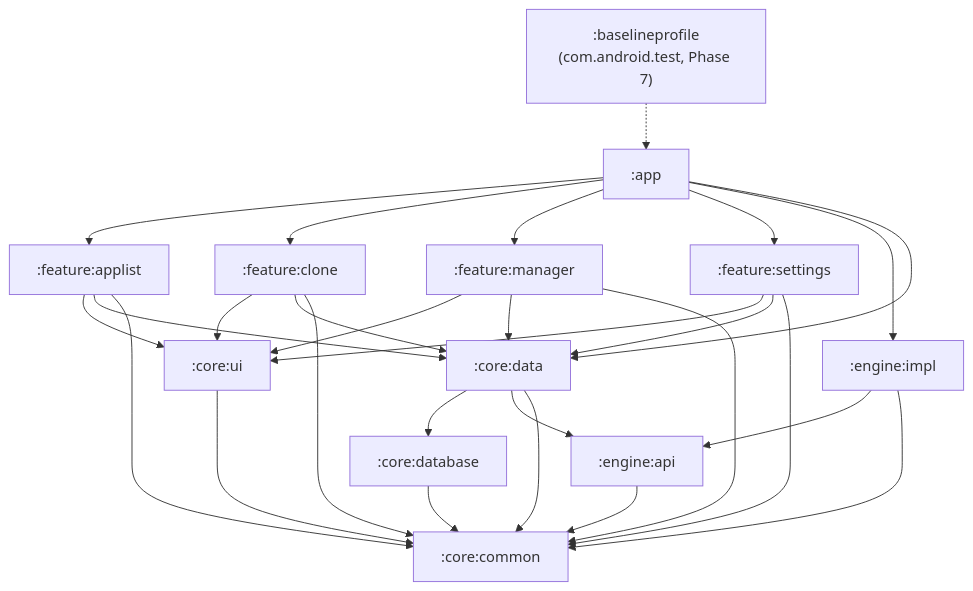
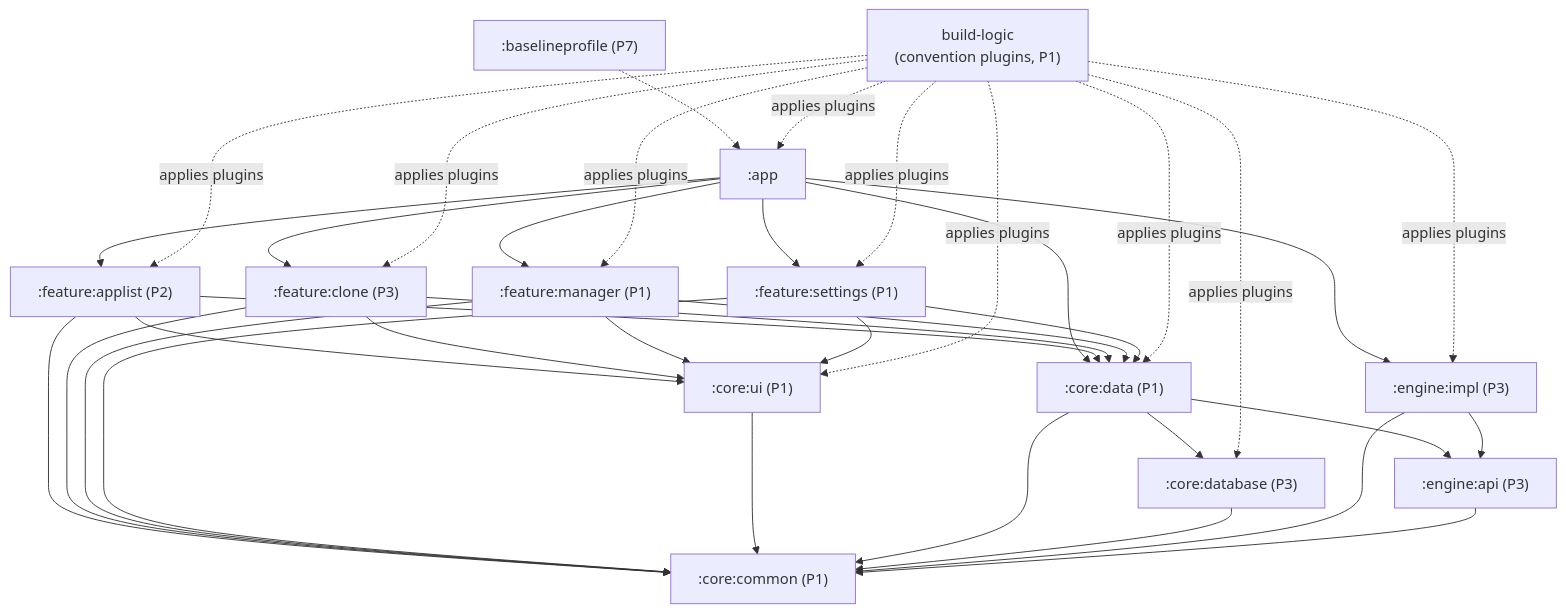
The second of 4 diagrams in docs/architecture.md (Rosyidputrar/cloner), drawn with Mermaid before and after one commit. The commit also changed other lines of this file and 5 other files, not shown here.

Commit message:
docs: switch clone engine to repackaging and pin toolchain

````diff
--- a/docs/architecture.md
+++ b/docs/architecture.md
@@ -47,31 +37,33 @@
 ```mermaid
 flowchart TD
   app[":app"]
-  fa[":feature:applist"]
-  fc[":feature:clone"]
-  fm[":feature:manager"]
-  fs[":feature:settings"]
-  cui[":core:ui"]
-  cc[":core:common"]
-  cd[":core:data"]
-  cdb[":core:database"]
-  ea[":engine:api"]
-  ei[":engine:impl"]
-  bp[":baselineprofile<br/>(com.android.test, Phase 7)"]
+  fa[":feature:applist (P2)"]
+  fc[":feature:clone (P3)"]
+  fm[":feature:manager (P1)"]
+  fs[":feature:settings (P1)"]
+  cui[":core:ui (P1)"]
+  cc[":core:common (P1)"]
+  cd[":core:data (P1)"]
+  cdb[":core:database (P3)"]
+  ea[":engine:api (P3)"]
+  ei[":engine:impl (P3)"]
+  bl["build-logic<br/>(convention plugins, P1)"]
+  bp[":baselineprofile (P7)"]
 
   app --> fa & fc & fm & fs
   app --> ei
   app --> cd
   fa & fc & fm & fs --> cui
   fa & fc & fm & fs --> cd
   fa & fc & fm & fs --> cc
   cui --> cc
   cd --> cdb
   cd --> ea
   cd --> cc
   cdb --> cc
   ei --> ea
   ei --> cc
   ea --> cc
   bp -.-> app
+  bl -. "applies plugins" .-> app & fa & fc & fm & fs & cui & cd & cdb & ei
 ```
````
